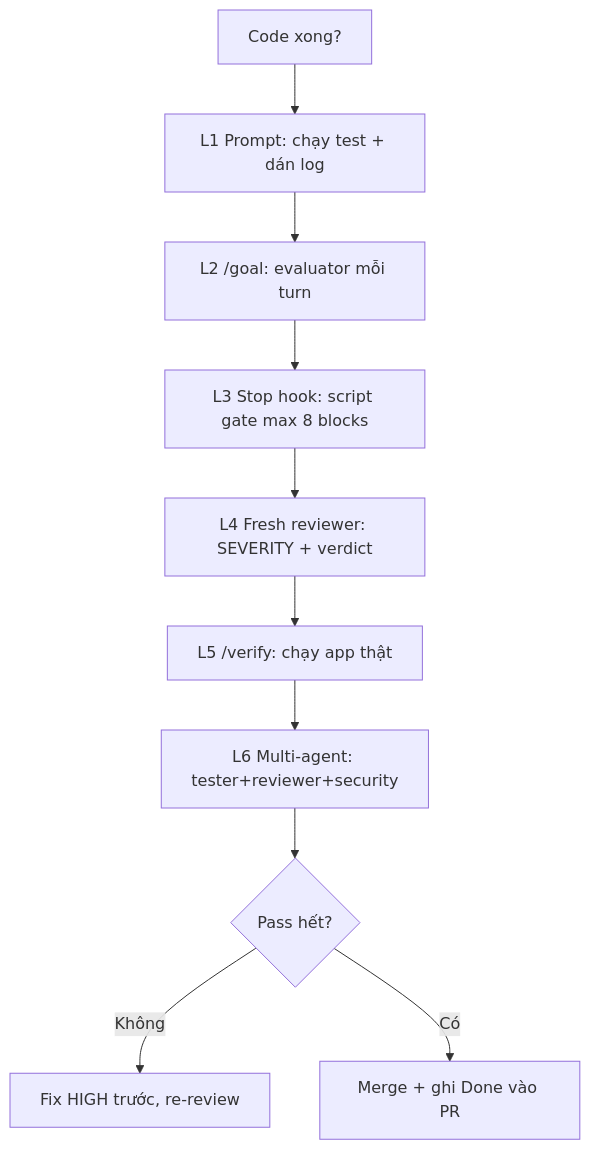
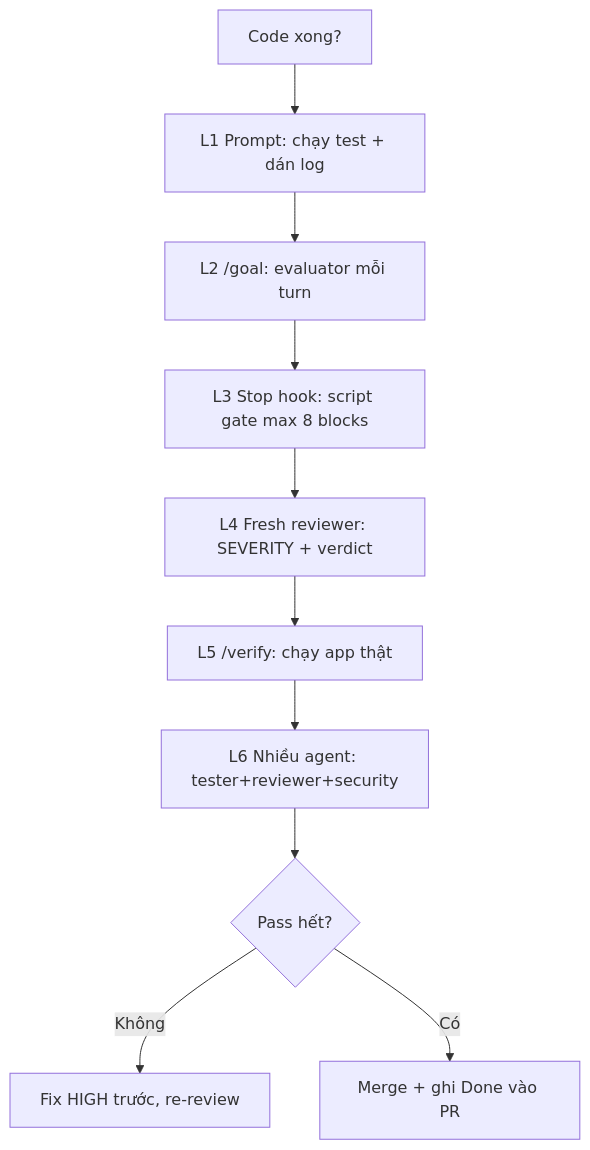
Before and after one commit to nbhson/tutorial-claude-code: the diagram in 02-tips-thuc-chien/04-verification-done-that.md, drawn with Mermaid. The commit also changed other lines of this file and 127 other files, not shown here.

````diff
--- a/02-tips-thuc-chien/04-verification-done-that.md
+++ b/02-tips-thuc-chien/04-verification-done-that.md
@@ -424,12 +502,12 @@
 ```mermaid
 flowchart TD
     A[Code xong?] --> L1[L1 Prompt: chạy test + dán log]
     L1 --> L2[L2 /goal: evaluator mỗi turn]
     L2 --> L3[L3 Stop hook: script gate max 8 blocks]
     L3 --> L4[L4 Fresh reviewer: SEVERITY + verdict]
     L4 --> L5[L5 /verify: chạy app thật]
-    L5 --> L6[L6 Multi-agent: tester+reviewer+security]
+    L5 --> L6[L6 Nhiều agent: tester+reviewer+security]
     L6 --> D{Pass hết?}
     D -->|Không| F[Fix HIGH trước, re-review]
     D -->|Có| M[Merge + ghi Done vào PR]
 ```
````
